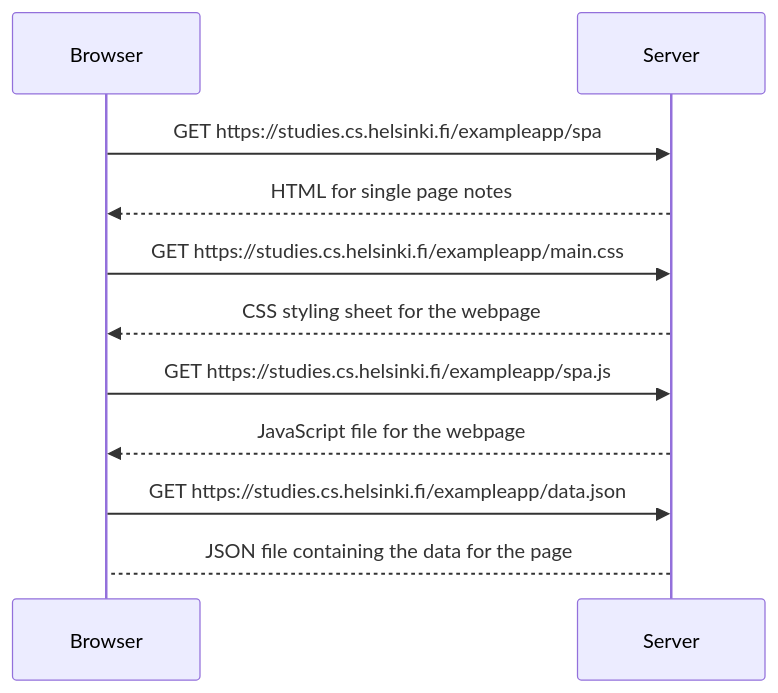
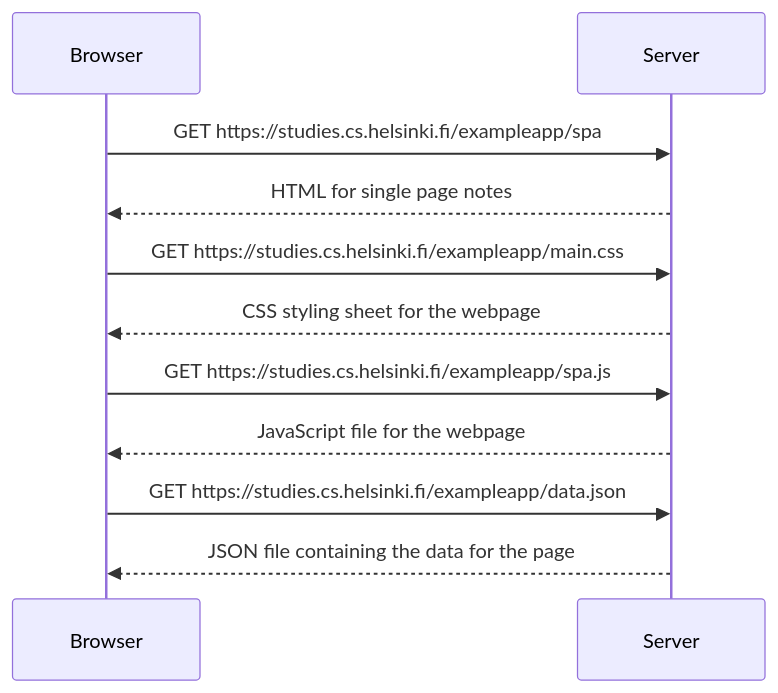
The diagram in singlePageAppDiagram.md (martinrudzis/full-stack-open-part0), drawn with Mermaid before and after one commit.

Commit message:
created sequence diagram for visting SPA page

````diff
--- a/singlePageAppDiagram.md
+++ b/singlePageAppDiagram.md
@@ -1,11 +1,11 @@
 ```mermaid
 sequenceDiagram
 Browser->>Server: GET https://studies.cs.helsinki.fi/exampleapp/spa
 Server-->>Browser: HTML for single page notes 
 Browser->>Server: GET https://studies.cs.helsinki.fi/exampleapp/main.css
 Server-->>Browser: CSS styling sheet for the webpage
 Browser->>Server: GET https://studies.cs.helsinki.fi/exampleapp/spa.js
 Server-->>Browser: JavaScript file for the webpage
 Browser->>Server: GET https://studies.cs.helsinki.fi/exampleapp/data.json
-Server-->Browser: JSON file containing the data for the page 
+Server-->>Browser: JSON file containing the data for the page 
 ```
````
